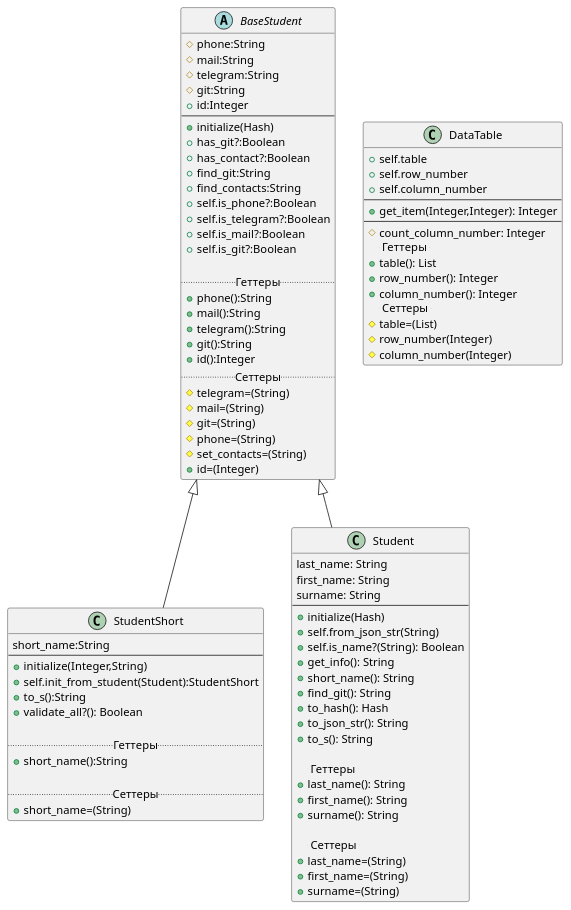
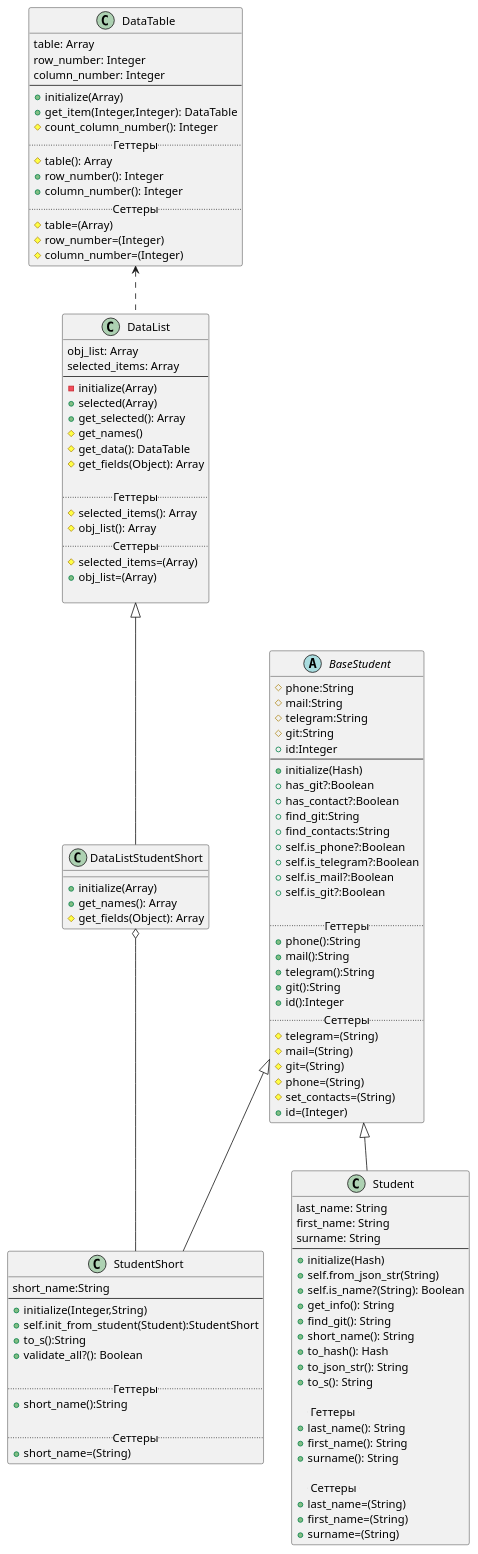
One commit to OlegVasil/RubyLabs changed the diagram in laba_2/Diagrams/diagram.puml. Above: the diagram before and after it, drawn with PlantUML.

Commit message:
Финальная диаграмма 2.3

```diff
--- a/laba_2/Diagrams/diagram.puml
+++ b/laba_2/Diagrams/diagram.puml
@@ -1,93 +1,124 @@
 abstract class BaseStudent
 {
 #phone:String
 #mail:String
 #telegram:String
 #git:String
 +id:Integer
 --
 +initialize(Hash)
 +has_git?:Boolean
 +has_contact?:Boolean
 +find_git:String
 +find_contacts:String
 +self.is_phone?:Boolean
 +self.is_telegram?:Boolean
 +self.is_mail?:Boolean
 +self.is_git?:Boolean
 
 ..Геттеры..
 +phone():String
 +mail():String
 +telegram():String
 +git():String
 +id():Integer
 ..Сеттеры..
 #telegram=(String)
 #mail=(String)
 #git=(String)
 #phone=(String)
 #set_contacts=(String)
 +id=(Integer)
 }
 
 class StudentShort extends BaseStudent
 {
 short_name:String
 --
 +initialize(Integer,String)
 +self.init_from_student(Student):StudentShort
 +to_s():String
 +validate_all?(): Boolean
 
 .. Геттеры ..
 +short_name():String
 
 .. Сеттеры ..
 +short_name=(String)
 }
 
 class Student extends BaseStudent {
 last_name: String
 first_name: String
 surname: String
 --
 +initialize(Hash)
 +self.from_json_str(String)
 +self.is_name?(String): Boolean
 +get_info(): String
++find_git(): String
 +short_name(): String
-+find_git(): String
 +to_hash(): Hash
 +to_json_str(): String
 +to_s(): String
 
     .. Геттеры ..
 +last_name(): String
 +first_name(): String
 +surname(): String
 
     .. Сеттеры ..
 +last_name=(String)
 +first_name=(String)
 +surname=(String)
 }
 
 class DataTable
 {
-+self.table
-+self.row_number
-+self.column_number
+table: Array
+row_number: Integer
+column_number: Integer
 --
-+get_item(Integer,Integer): Integer
---
-#count_column_number: Integer
-    .. Геттеры ..
-+table(): List
++initialize(Array)
++get_item(Integer,Integer): DataTable
+#count_column_number(): Integer
+.. Геттеры ..
+#table(): Array
 +row_number(): Integer
 +column_number(): Integer
-    .. Сеттеры ..
-#table=(List)
-#row_number(Integer)
-#column_number(Integer)
+.. Сеттеры ..
+#table=(Array)
+#row_number=(Integer)
+#column_number=(Integer)
 }
+
+class DataList
+{
+obj_list: Array
+selected_items: Array
+--
+-initialize(Array)
++selected(Array)
++get_selected(): Array
+#get_names()
+#get_data(): DataTable
+#get_fields(Object): Array
+
+.. Геттеры ..
+#selected_items(): Array
+#obj_list(): Array
+.. Сеттеры ..
+#selected_items=(Array)
++obj_list=(Array)
+
+}
+
+class DataListStudentShort extends DataList
+{
++initialize(Array)
++get_names(): Array
+#get_fields(Object): Array
+}
+
+DataListStudentShort o-- StudentShort
+DataTable <.. DataList
```
